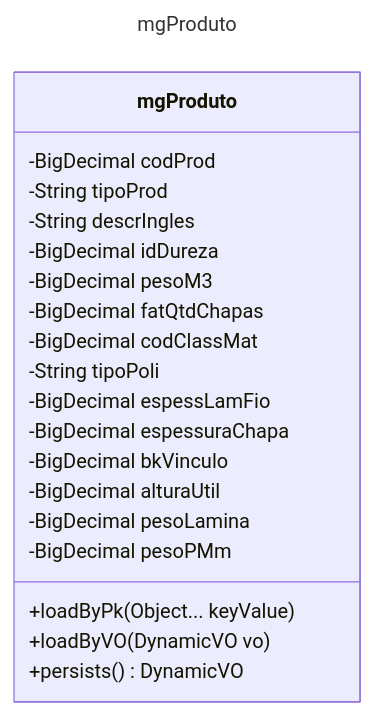
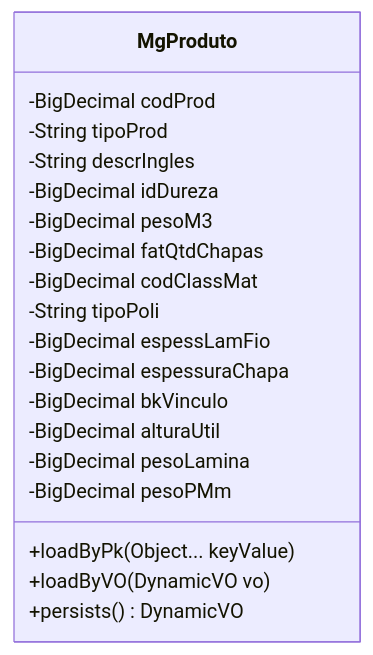
One commit to cbmsoft/margrandocs changed the second of 2 diagrams in docs/_database/TMGPRODUTO.md. Above: the diagram before and after it, drawn with Mermaid. The commit also changed other lines of this file and 1 other file, not shown here.

````diff
--- a/docs/_database/TMGPRODUTO.md
+++ b/docs/_database/TMGPRODUTO.md
@@ -46,25 +52,22 @@
 ``` mermaid
----
-title: mgProduto
----
 classDiagram
-    class mgProduto{
+    class MgProduto{
       -BigDecimal codProd
       -String tipoProd
       -String descrIngles
       -BigDecimal idDureza
       -BigDecimal pesoM3
       -BigDecimal fatQtdChapas
       -BigDecimal codClassMat
       -String tipoPoli
       -BigDecimal espessLamFio
       -BigDecimal espessuraChapa
       -BigDecimal bkVinculo
       -BigDecimal alturaUtil
       -BigDecimal pesoLamina
       -BigDecimal pesoPMm
       +loadByPk(Object... keyValue)
       +loadByVO(DynamicVO vo)
       +persists() DynamicVO
     }
 ```
````
